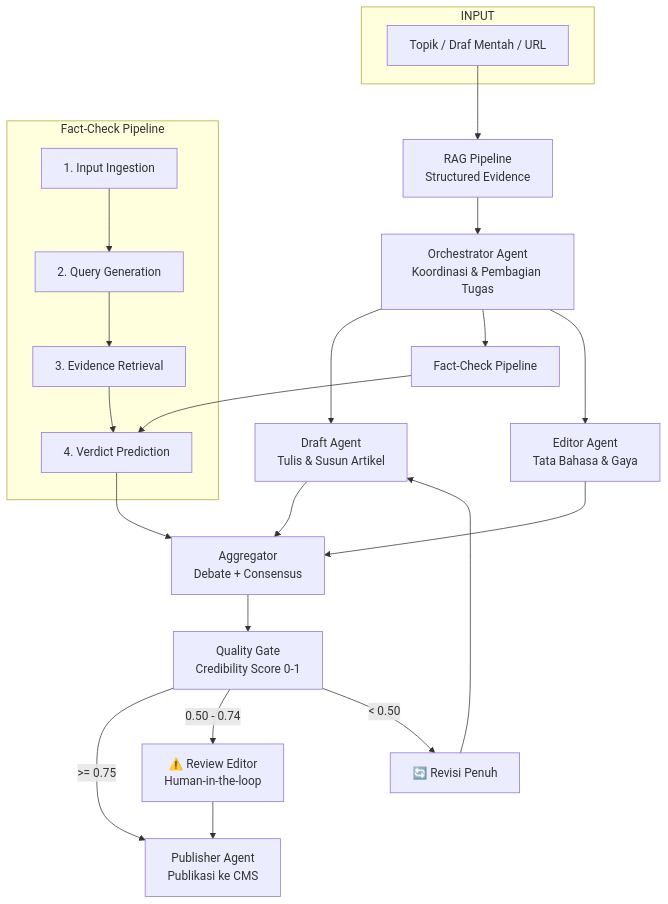
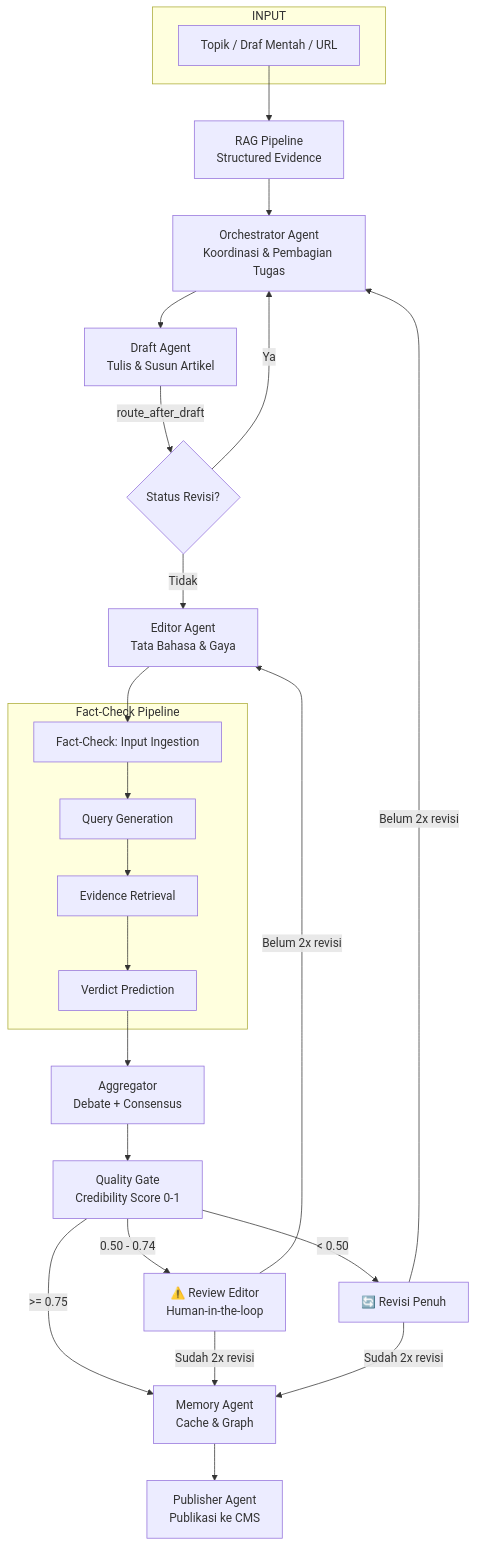
Before and after one commit to learn-debug/berita: the diagram in README.md, drawn with Mermaid. The commit also changed other lines of this file, not shown here.

````diff
--- a/README.md
+++ b/README.md
@@ -54,35 +55,40 @@
 ```mermaid
 flowchart TB
     subgraph Input["INPUT"]
         I[Topik / Draf Mentah / URL]
     end
 
     I --> RAG[RAG Pipeline<br/>Structured Evidence]
 
     RAG --> O[Orchestrator Agent<br/>Koordinasi & Pembagian Tugas]
 
     O --> D[Draft Agent<br/>Tulis & Susun Artikel]
-    O --> FC[Fact-Check Pipeline]
-    O --> E[Editor Agent<br/>Tata Bahasa & Gaya]
+
+    D --> |route_after_draft| CheckDraft{Status Revisi?}
+    CheckDraft --> |Ya| O
+    CheckDraft --> |Tidak| E[Editor Agent<br/>Tata Bahasa & Gaya]
+
+    E --> FC1[Fact-Check: Input Ingestion]
 
     subgraph FCP["Fact-Check Pipeline"]
-        FC1[1. Input Ingestion]
-        FC2[2. Query Generation]
-        FC3[3. Evidence Retrieval]
-        FC4[4. Verdict Prediction]
-        FC1 --> FC2 --> FC3 --> FC4
+        FC1 --> FC2[Query Generation]
+        FC2 --> FC3[Evidence Retrieval]
+        FC3 --> FC4[Verdict Prediction]
     end
 
-    FC --> FC4
-
-    D & FC4 & E --> AG[Aggregator<br/>Debate + Consensus]
+    FC4 --> AG[Aggregator<br/>Debate + Consensus]
 
     AG --> QG[Quality Gate<br/>Credibility Score 0-1]
 
-    QG -->|>= 0.75| Pub[Publisher Agent<br/>Publikasi ke CMS]
+    QG -->|>= 0.75| Mem[Memory Agent<br/>Cache & Graph]
     QG -->|0.50 - 0.74| Review[⚠️ Review Editor<br/>Human-in-the-loop]
     QG -->|< 0.50| Revise[🔄 Revisi Penuh]
 
-    Review --> Pub
-    Revise --> D
+    Review --> |Sudah 2x revisi| Mem
+    Review --> |Belum 2x revisi| E
+
+    Revise --> |Sudah 2x revisi| Mem
+    Revise --> |Belum 2x revisi| O
+
+    Mem --> Pub[Publisher Agent<br/>Publikasi ke CMS]
 ```
````
